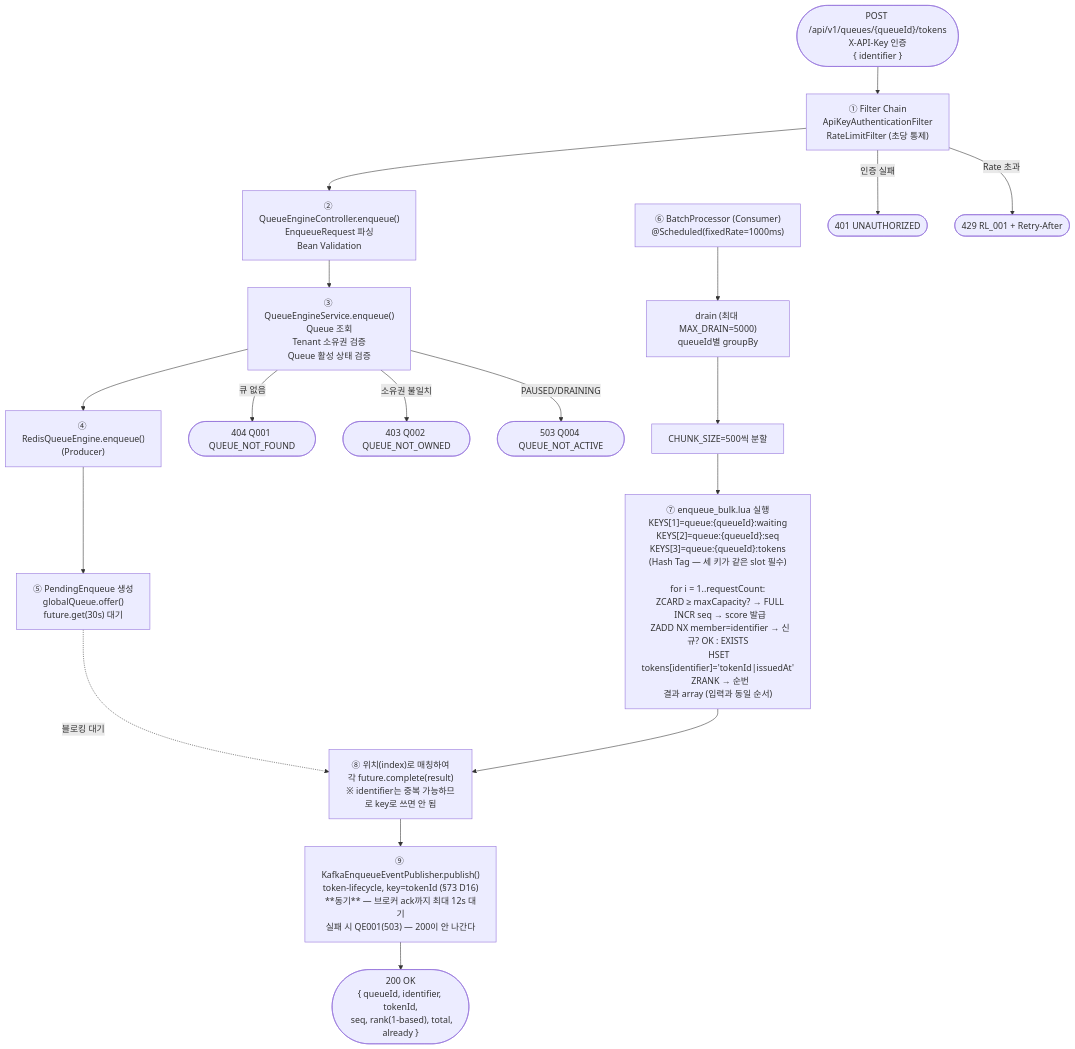
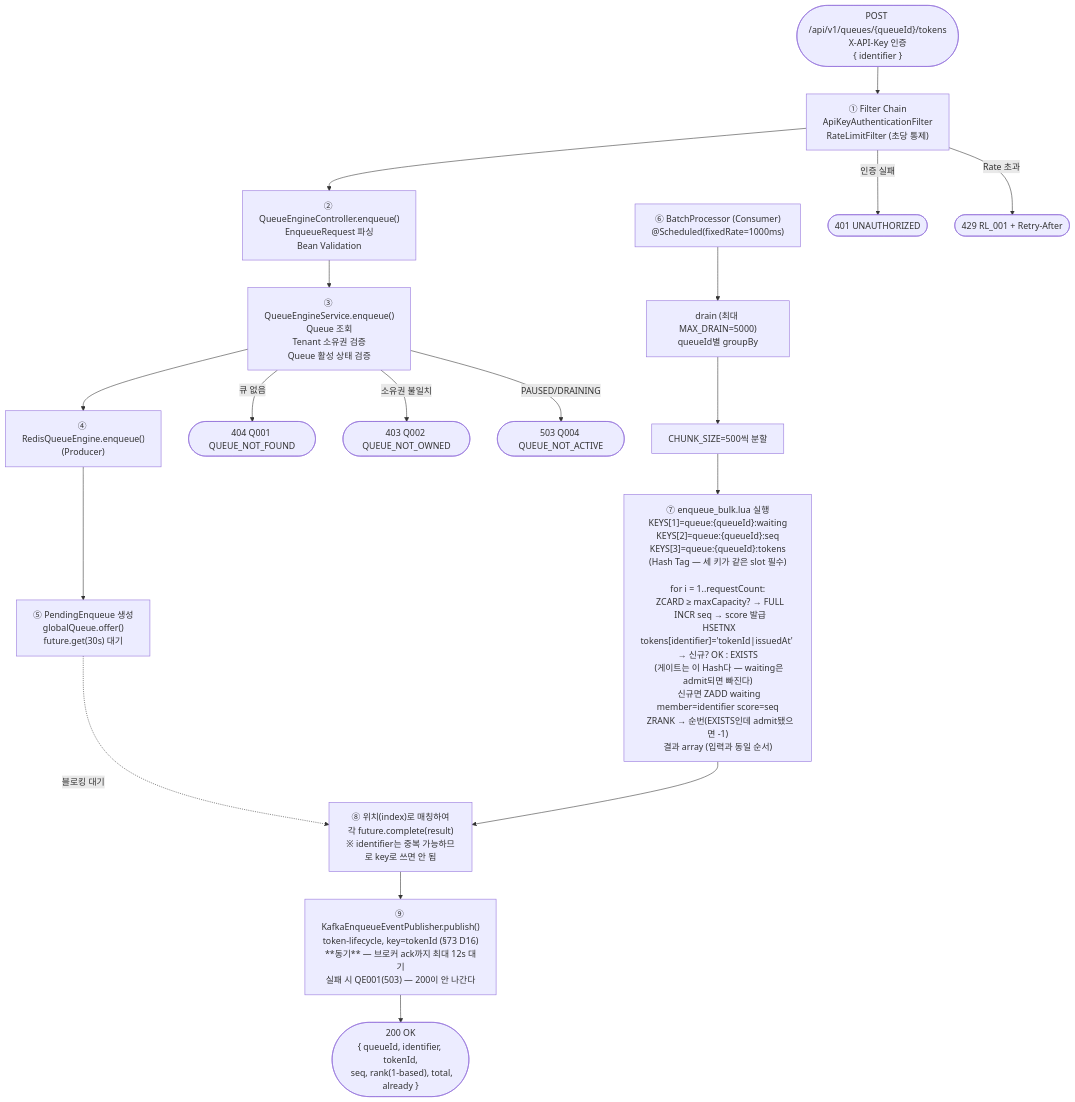
One commit to S-Onix/queue-platform changed the first of 11 diagrams in doc/FLOW.md. Above: the diagram before and after it, drawn with Mermaid. The commit also changed other lines of this file and 19 other files, not shown here.

First line of the commit message:
fix(redis): 중복 게이트를 waiting ZSet에서 tokens Hash로 옮긴다

````diff
--- a/doc/FLOW.md
+++ b/doc/FLOW.md
@@ -19,27 +19,27 @@
 ```mermaid
 flowchart TD
     START(["POST /api/v1/queues/{queueId}/tokens\nX-API-Key 인증\n{ identifier }"])
     --> FILTER["① Filter Chain\nApiKeyAuthenticationFilter\nRateLimitFilter (초당 통제)"]
     --> CTRL["② QueueEngineController.enqueue()\nEnqueueRequest 파싱\nBean Validation"]
     --> SERV["③ QueueEngineService.enqueue()\nQueue 조회\nTenant 소유권 검증\nQueue 활성 상태 검증"]
     --> ENG["④ RedisQueueEngine.enqueue()\n(Producer)"]
 
     ENG --> OFFER["⑤ PendingEnqueue 생성\nglobalQueue.offer()\nfuture.get(30s) 대기"]
 
     OFFER -.->|"블로킹 대기"| COMPLETE
 
     SCHED["⑥ BatchProcessor (Consumer)\n@Scheduled(fixedRate=1000ms)"]
     --> DRAIN["drain (최대 MAX_DRAIN=5000)\nqueueId별 groupBy"]
     --> CHUNK["CHUNK_SIZE=500씩 분할"]
-    --> BULKLUA["⑦ enqueue_bulk.lua 실행\nKEYS[1]=queue:{queueId}:waiting\nKEYS[2]=queue:{queueId}:seq\nKEYS[3]=queue:{queueId}:tokens\n(Hash Tag — 세 키가 같은 slot 필수)\n\nfor i = 1..requestCount:\n  ZCARD ≥ maxCapacity? → FULL\n  INCR seq → score 발급\n  ZADD NX member=identifier → 신규? OK : EXISTS\n  HSET tokens[identifier]='tokenId|issuedAt'\n  ZRANK → 순번\n결과 array (입력과 동일 순서)"]
+    --> BULKLUA["⑦ enqueue_bulk.lua 실행\nKEYS[1]=queue:{queueId}:waiting\nKEYS[2]=queue:{queueId}:seq\nKEYS[3]=queue:{queueId}:tokens\n(Hash Tag — 세 키가 같은 slot 필수)\n\nfor i = 1..requestCount:\n  ZCARD ≥ maxCapacity? → FULL\n  INCR seq → score 발급\n  HSETNX tokens[identifier]='tokenId|issuedAt' → 신규? OK : EXISTS\n  (게이트는 이 Hash다 — waiting은 admit되면 빠진다)\n  신규면 ZADD waiting member=identifier score=seq\n  ZRANK → 순번(EXISTS인데 admit됐으면 -1)\n결과 array (입력과 동일 순서)"]
     --> COMPLETE["⑧ 위치(index)로 매칭하여\n각 future.complete(result)\n※ identifier는 중복 가능하므로 key로 쓰면 안 됨"]
 
     COMPLETE --> PUB["⑨ KafkaEnqueueEventPublisher.publish()\ntoken-lifecycle, key=tokenId (§73 D16)\n**동기** — 브로커 ack까지 최대 12s 대기\n실패 시 QE001(503) — 200이 안 나간다"]
     --> OK(["200 OK\n{ queueId, identifier, tokenId,\n  seq, rank(1-based), total, already }"])
 
     FILTER -->|"인증 실패"| E401(["401 UNAUTHORIZED"])
     FILTER -->|"Rate 초과"| E429(["429 RL_001 + Retry-After"])
     SERV -->|"큐 없음"| E404(["404 Q001 QUEUE_NOT_FOUND"])
     SERV -->|"소유권 불일치"| E403(["403 Q002 QUEUE_NOT_OWNED"])
     SERV -->|"PAUSED/DRAINING"| E503(["503 Q004 QUEUE_NOT_ACTIVE"])
 ```
````
